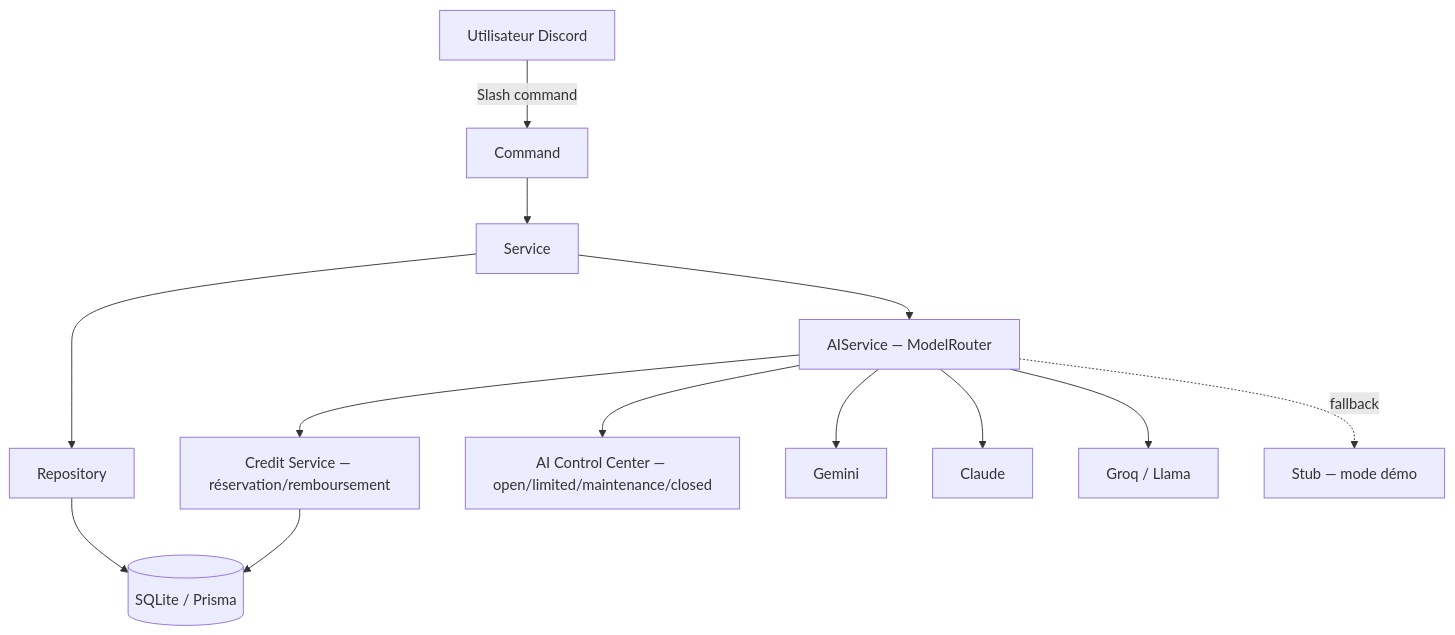
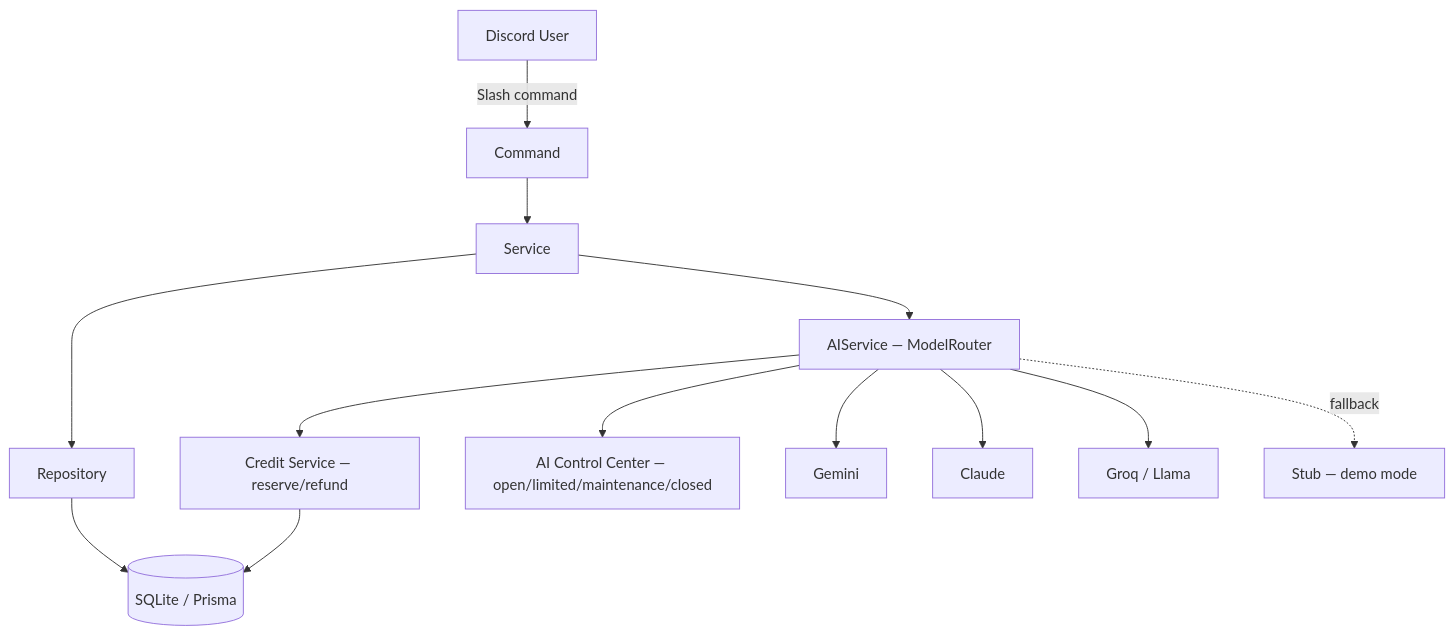
Before and after one commit to HigHollows/Nodify-Learning-: the diagram in README.md, drawn with Mermaid. The commit also changed other lines of this file, not shown here.

````diff
--- a/README.md
+++ b/README.md
@@ -34,15 +34,15 @@
 ```mermaid
 graph TD
-    U[Utilisateur Discord] -->|Slash command| C[Command]
+    U[Discord User] -->|Slash command| C[Command]
     C --> S[Service]
     S --> R[Repository]
     R --> DB[(SQLite / Prisma)]
     S --> AI[AIService — ModelRouter]
-    AI --> Credit[Credit Service — réservation/remboursement]
+    AI --> Credit[Credit Service — reserve/refund]
     AI --> Control[AI Control Center — open/limited/maintenance/closed]
     Credit --> DB
     AI --> Gemini[Gemini]
     AI --> Anthropic[Claude]
     AI --> Groq[Groq / Llama]
-    AI -.fallback.-> Stub[Stub — mode démo]
+    AI -.fallback.-> Stub[Stub — demo mode]
 ```
````
